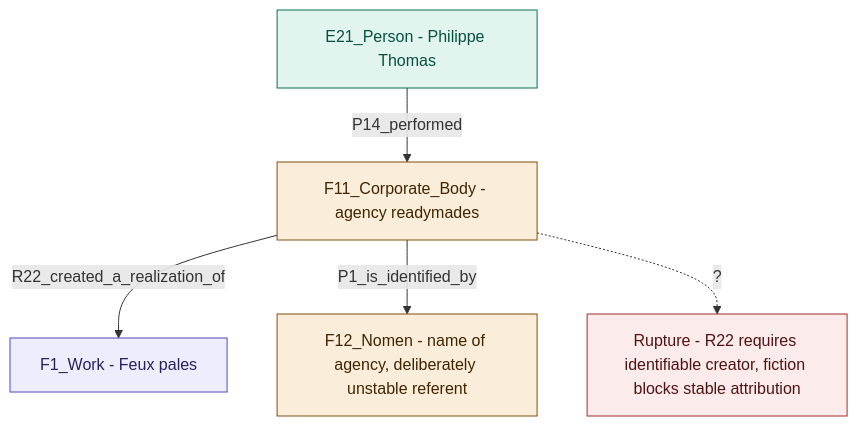
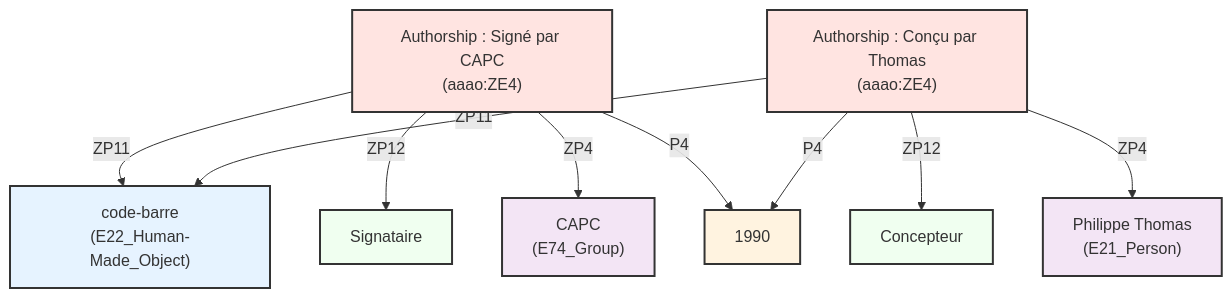
Before and after one commit to ZoeRenaudie/journal-phd: the fifth of 12 diagrams in static/presentation/2026dh/2026-07-29-DH.md, drawn with Mermaid. The commit also changed other lines of this file and 9 other files, not shown here.

````diff
--- a/static/presentation/2026dh/2026-07-29-DH.md
+++ b/static/presentation/2026dh/2026-07-29-DH.md
@@ -426,20 +611,29 @@
-<div class="mermaid">
-flowchart TD
-  PT["E21_Person - Philippe Thomas"]
-  AG["F11_Corporate_Body - agency readymades"]
-  NOM["F12_Nomen - name of agency, deliberately unstable referent"]
-  W["F1_Work - Feux pales"]
-  R1["Rupture - R22 requires identifiable creator, fiction blocks stable attribution"]
-  PT -->|P14_performed| AG
-  AG -->|R22_created_a_realization_of| W
-  AG -->|P1_is_identified_by| NOM
-  AG -. "?" .-> R1
-  classDef work    fill:#EEEDFE,stroke:#534AB7,color:#26215C
-  classDef amber   fill:#FAEEDA,stroke:#854F0B,color:#412402
-  classDef evt     fill:#E1F5EE,stroke:#0F6E56,color:#085041
-  classDef rupture fill:#FCEBEB,stroke:#A32D2D,color:#501313
-  class W work
-  class AG,NOM amber
-  class PT evt
-  class R1 rupture
-</div>
+```mermaid
+graph TD
+    %% Styles
+    classDef subject fill:#e6f3ff,stroke:#333,stroke-width:2px;
+    classDef classification fill:#ffe4e1,stroke:#333,stroke-width:2px;
+    classDef actor fill:#f3e5f5,stroke:#333,stroke-width:2px;
+    classDef type fill:#f0fff0,stroke:#333,stroke-width:2px;
+    classDef time fill:#fff3e0,stroke:#333,stroke-width:2px;
+
+        codebarre["code-barre\n(E22_Human-Made_Object)"]:::subject
+
+        auth_capc["Authorship : Signé par CAPC\n(aaao:ZE4)"]:::classification
+        auth_thomas["Authorship : Conçu par Thomas\n(aaao:ZE4)"]:::classification
+        role_signe["Signataire"]:::type
+        role_concu["Concepteur"]:::type
+        capc["CAPC\n(E74_Group)"]:::actor
+        thomas["Philippe Thomas\n(E21_Person)"]:::actor
+        periode_1990["1990"]:::time
+
+        auth_capc -->|ZP11| codebarre
+        auth_capc -->|ZP12| role_signe
+        auth_capc -->|ZP4| capc
+        auth_capc -->|P4| periode_1990
+
+        auth_thomas -->|ZP11| codebarre
+        auth_thomas -->|ZP12| role_concu
+        auth_thomas -->|ZP4| thomas
+        auth_thomas -->|P4| periode_1990
+```
````
